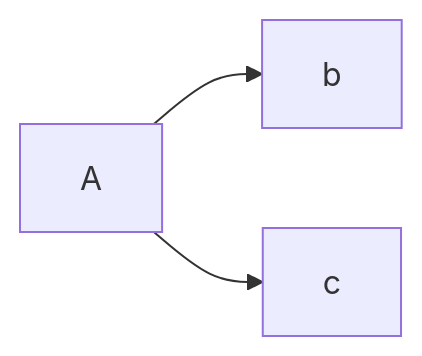
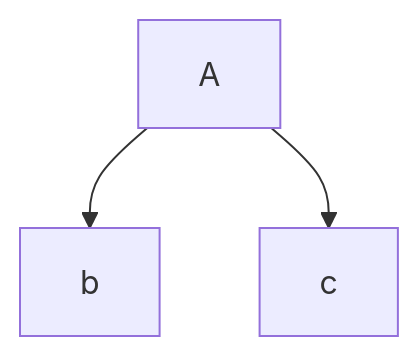
Before and after one commit to JoaquinCremer/TP8-JoaquinCremer: the diagram in prueba.md, drawn with Mermaid.

````diff
--- a/prueba.md
+++ b/prueba.md
@@ -4,7 +4,7 @@
 ```mermaid
-flowchart LR;
+flowchart TB;
   A --> b;
   A --> c;
   
   
 ```
````
